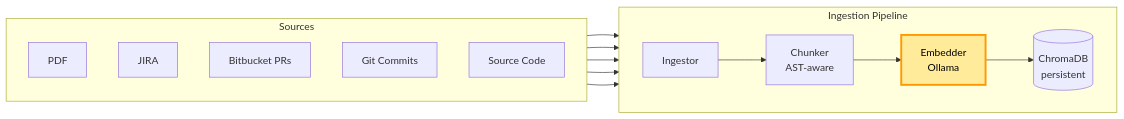
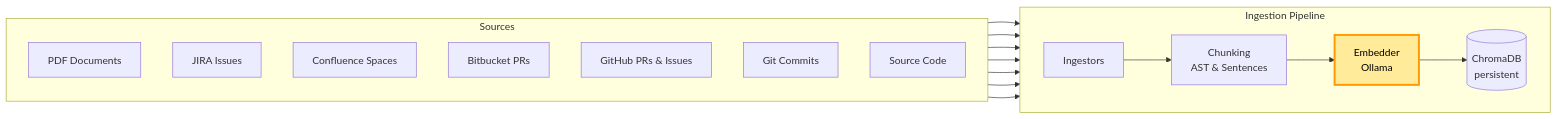
The first of 4 diagrams in docs/architecture.md (r-xue/ragdoll), drawn with Mermaid before and after one commit. The commit also changed other lines of this file and 14 other files, not shown here.

First line of the commit message:
docs,security: add privacy safeguards, agent guidelines, and architecture guide

````diff
--- a/docs/architecture.md
+++ b/docs/architecture.md
@@ -8,33 +8,37 @@
 ```{mermaid}
 graph LR
     classDef ai fill:#ffeb99,stroke:#ff9900,stroke-width:3px,color:#000;
 
     subgraph Sources
         direction TB
-        PDF[PDF]
-        JIRA[JIRA]
+        PDF[PDF Documents]
+        JIRA[JIRA Issues]
+        CONF[Confluence Spaces]
         BB[Bitbucket PRs]
+        GITHUB[GitHub PRs & Issues]
         GIT[Git Commits]
         CODE[Source Code]
     end
     
     subgraph Ingestion Pipeline
         direction LR
-        INGEST[Ingestor]
-        CHUNK[Chunker<br/>AST-aware]
+        INGEST[Ingestors]
+        CHUNK[Chunking<br/>AST & Sentences]
         EMBED[Embedder<br/>Ollama]
         DB[(ChromaDB<br/>persistent)]
     end
     
     PDF --> INGEST
     JIRA --> INGEST
+    CONF --> INGEST
     BB --> INGEST
+    GITHUB --> INGEST
     GIT --> INGEST
     CODE --> INGEST
     
     INGEST --> CHUNK
     CHUNK --> EMBED
     EMBED --> DB
 
     class EMBED ai;
 ```
````
